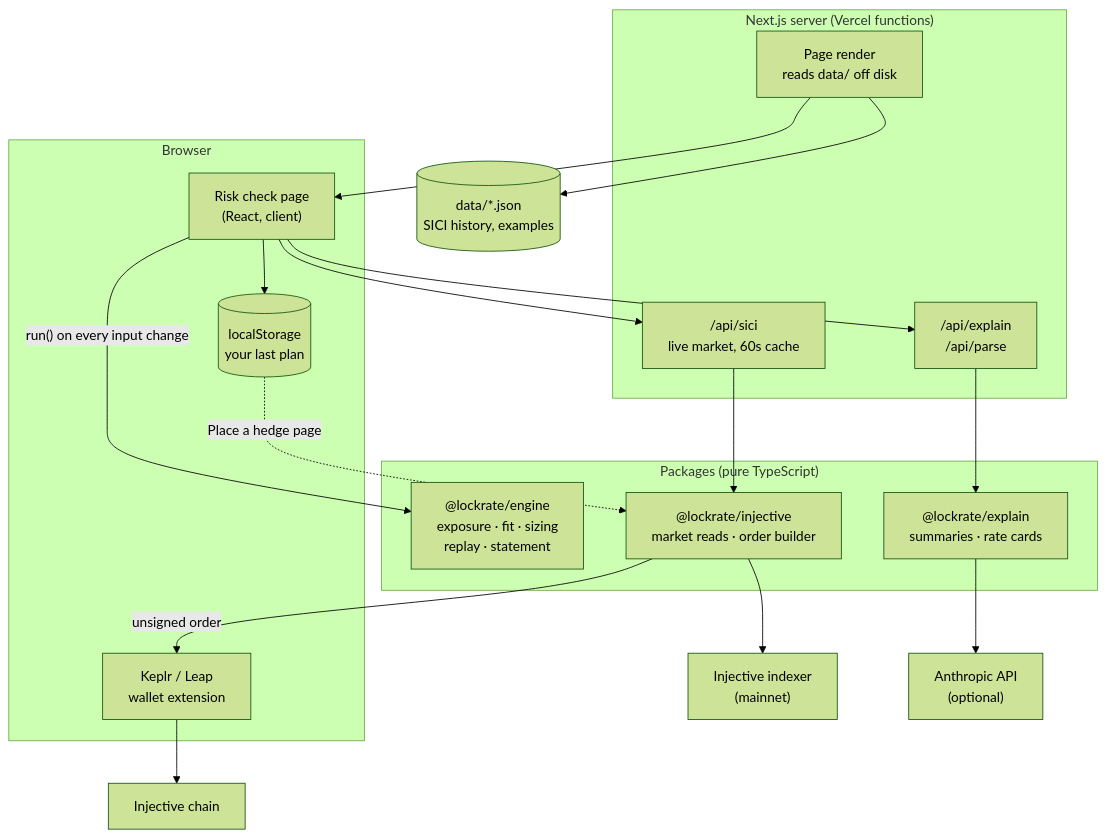
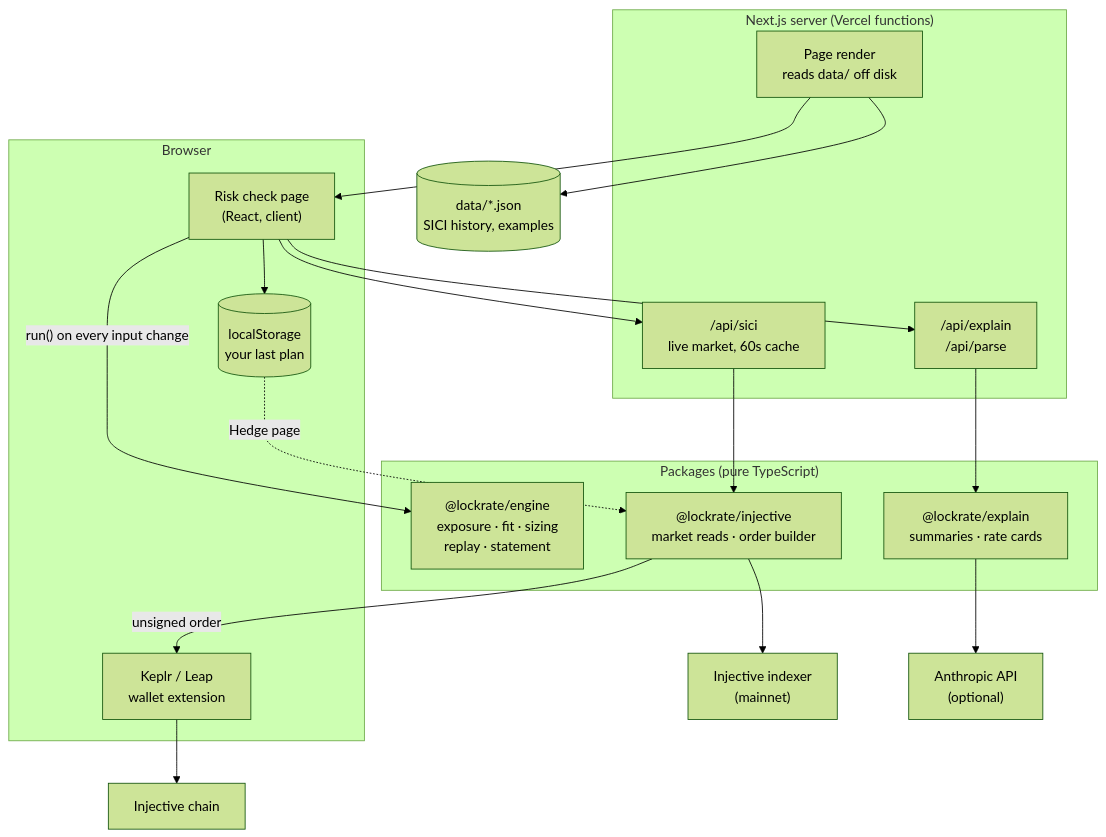
The first of 4 diagrams in docs/architecture.md (Sakibimam/LockRate), drawn with Mermaid (forest theme) before and after one commit. The commit also changed other lines of this file and 41 other files, not shown here.

````diff
--- a/docs/architecture.md
+++ b/docs/architecture.md
@@ -7,34 +7,34 @@
 ```mermaid
 flowchart TB
     subgraph Browser
         UI["Risk check page<br/>(React, client)"]
         LS[("localStorage<br/>your last plan")]
         WAL["Keplr / Leap<br/>wallet extension"]
     end
 
     subgraph "Next.js server (Vercel functions)"
         PAGE["Page render<br/>reads data/ off disk"]
         SICI["/api/sici<br/>live market, 60s cache"]
         EXP["/api/explain<br/>/api/parse"]
     end
 
     subgraph "Packages (pure TypeScript)"
         ENG["@lockrate/engine<br/>exposure · fit · sizing<br/>replay · statement"]
         INJ["@lockrate/injective<br/>market reads · order builder"]
         LLM["@lockrate/explain<br/>summaries · rate cards"]
     end
 
     DATA[("data/*.json<br/>SICI history, examples")]
     INDEXER["Injective indexer<br/>(mainnet)"]
     CLAUDE["Anthropic API<br/>(optional)"]
     CHAIN["Injective chain"]
 
     PAGE --> DATA
     PAGE --> UI
     UI -- "run() on every input change" --> ENG
     UI --> SICI --> INJ --> INDEXER
     UI --> EXP --> LLM --> CLAUDE
     UI --> LS
-    LS -. "Place a hedge page" .-> INJ
+    LS -. "Hedge page" .-> INJ
     INJ -- "unsigned order" --> WAL --> CHAIN
 ```
````
